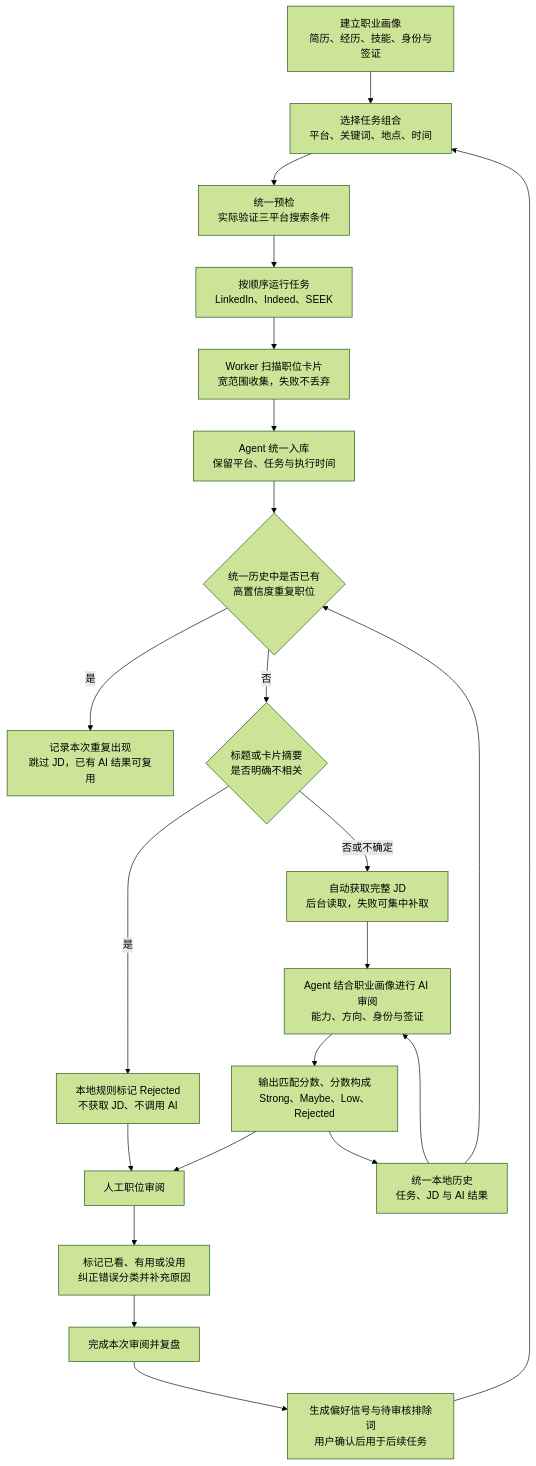
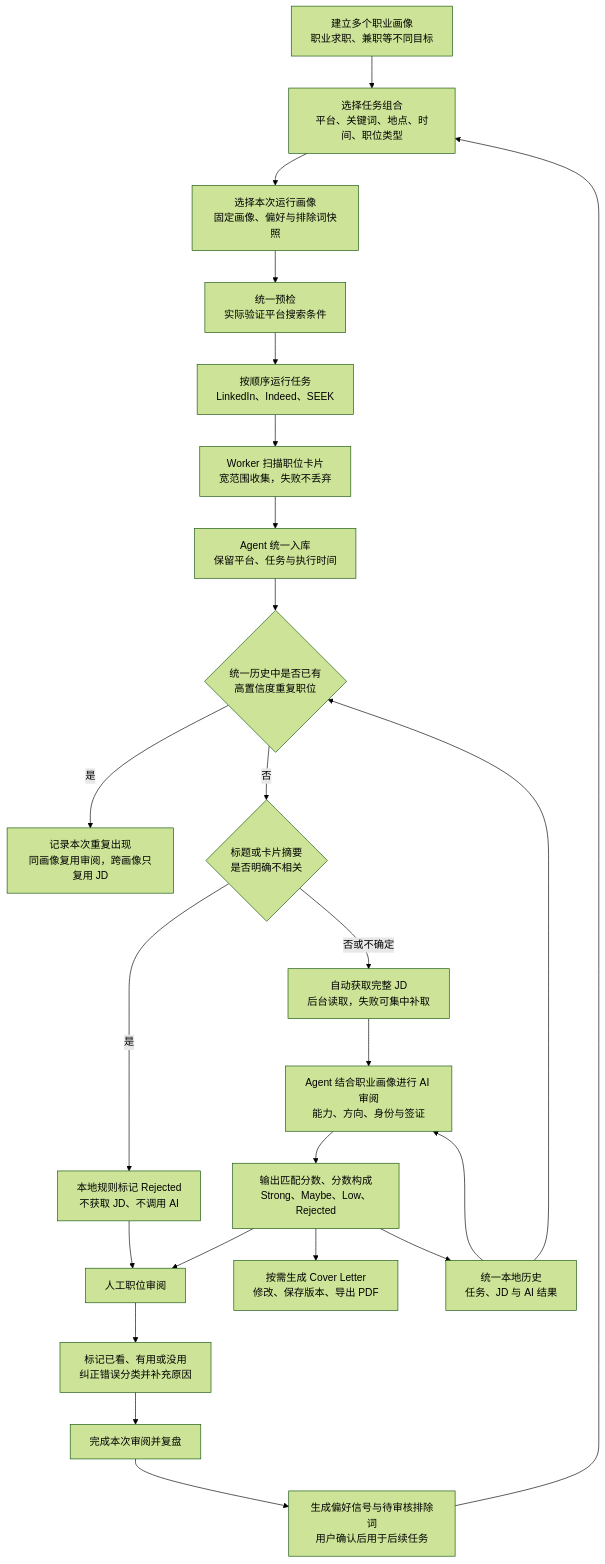
Before and after one commit to Young501/job_agent: the diagram in README.md, drawn with Mermaid (forest theme). The commit also changed other lines of this file and 15 other files, not shown here.

````diff
--- a/README.md
+++ b/README.md
@@ -15,24 +15,26 @@
 ```mermaid
 flowchart TD
-    A["建立职业画像<br/>简历、经历、技能、身份与签证"] --> B["选择任务组合<br/>平台、关键词、地点、时间"]
-    B --> C["统一预检<br/>实际验证三平台搜索条件"]
+    A["建立多个职业画像<br/>职业求职、兼职等不同目标"] --> B["选择任务组合<br/>平台、关键词、地点、时间、职位类型"]
+    B --> B1["选择本次运行画像<br/>固定画像、偏好与排除词快照"]
+    B1 --> C["统一预检<br/>实际验证平台搜索条件"]
     C --> D["按顺序运行任务<br/>LinkedIn、Indeed、SEEK"]
     D --> E["Worker 扫描职位卡片<br/>宽范围收集，失败不丢弃"]
     E --> F["Agent 统一入库<br/>保留平台、任务与执行时间"]
     F --> G{"统一历史中是否已有<br/>高置信度重复职位"}
-    G -->|"是"| H["记录本次重复出现<br/>跳过 JD，已有 AI 结果可复用"]
+    G -->|"是"| H["记录本次重复出现<br/>同画像复用审阅，跨画像只复用 JD"]
     G -->|"否"| I{"标题或卡片摘要<br/>是否明确不相关"}
     I -->|"是"| J["本地规则标记 Rejected<br/>不获取 JD、不调用 AI"]
     I -->|"否或不确定"| K["自动获取完整 JD<br/>后台读取，失败可集中补取"]
     K --> L["Agent 结合职业画像进行 AI 审阅<br/>能力、方向、身份与签证"]
     L --> M["输出匹配分数、分数构成<br/>Strong、Maybe、Low、Rejected"]
     J --> N["人工职位审阅"]
     M --> N
     N --> O["标记已看、有用或没用<br/>纠正错误分类并补充原因"]
     O --> P["完成本次审阅并复盘"]
     P --> Q["生成偏好信号与待审核排除词<br/>用户确认后用于后续任务"]
     Q --> B
+    M --> S["按需生成 Cover Letter<br/>修改、保存版本、导出 PDF"]
     R["统一本地历史<br/>任务、JD 与 AI 结果"] --> G
     R --> L
     M --> R
 ```
````
